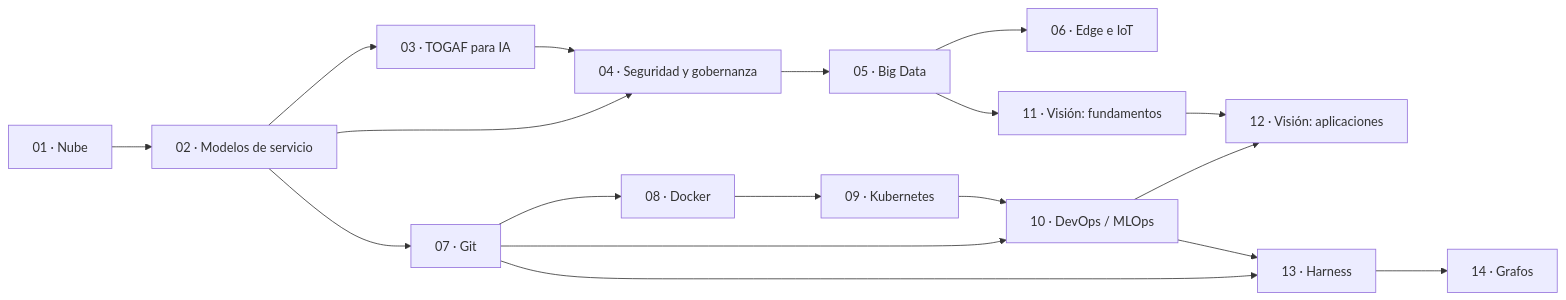
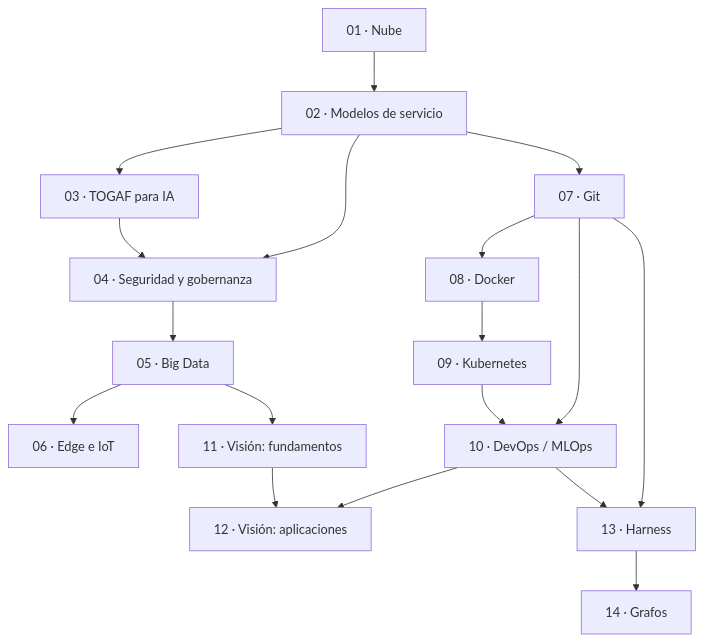
One commit to danielxxi/cloud-and-IA-para-todos changed the first of 2 diagrams in docs/ruta.md. Above: the diagram before and after it, drawn with Mermaid. The commit also changed other lines of this file and 5 other files, not shown here.

First line of the commit message:
fix(diagramas): hacer legibles los diagramas anchos

````diff
--- a/docs/ruta.md
+++ b/docs/ruta.md
@@ -7,20 +7,20 @@
 ```mermaid
-flowchart LR
+flowchart TB
     M01["01 · Nube"] --> M02["02 · Modelos de servicio"]
     M02 --> M03["03 · TOGAF para IA"]
     M02 --> M04["04 · Seguridad y gobernanza"]
     M03 --> M04
     M04 --> M05["05 · Big Data"]
     M05 --> M06["06 · Edge e IoT"]
     M02 --> M07["07 · Git"]
     M07 --> M08["08 · Docker"]
     M08 --> M09["09 · Kubernetes"]
     M07 --> M10["10 · DevOps / MLOps"]
     M09 --> M10
     M05 --> M11["11 · Visión: fundamentos"]
     M11 --> M12["12 · Visión: aplicaciones"]
     M10 --> M12
     M07 --> M13["13 · Harness"]
     M10 --> M13
     M13 --> M14["14 · Grafos"]
 ```
````
